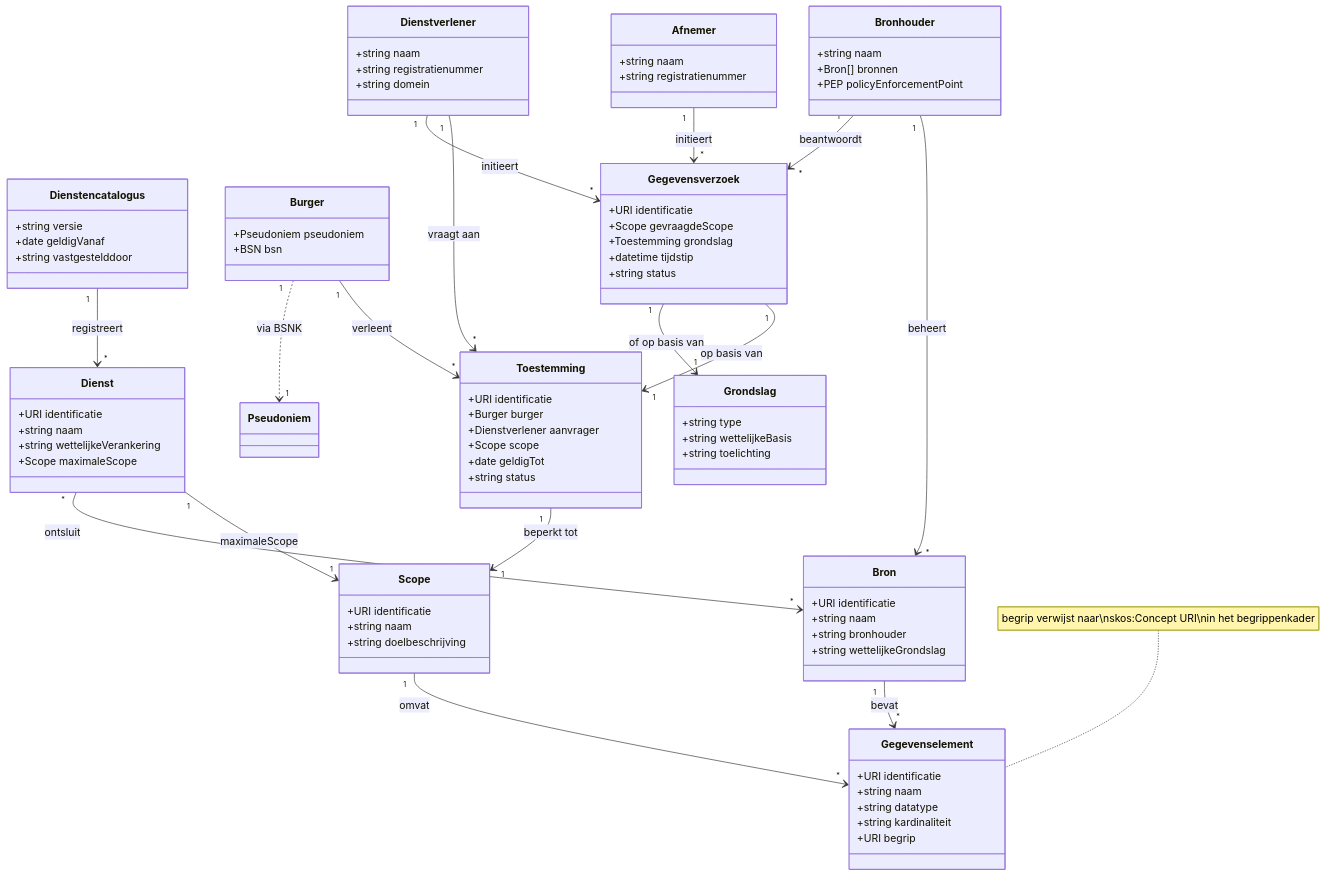
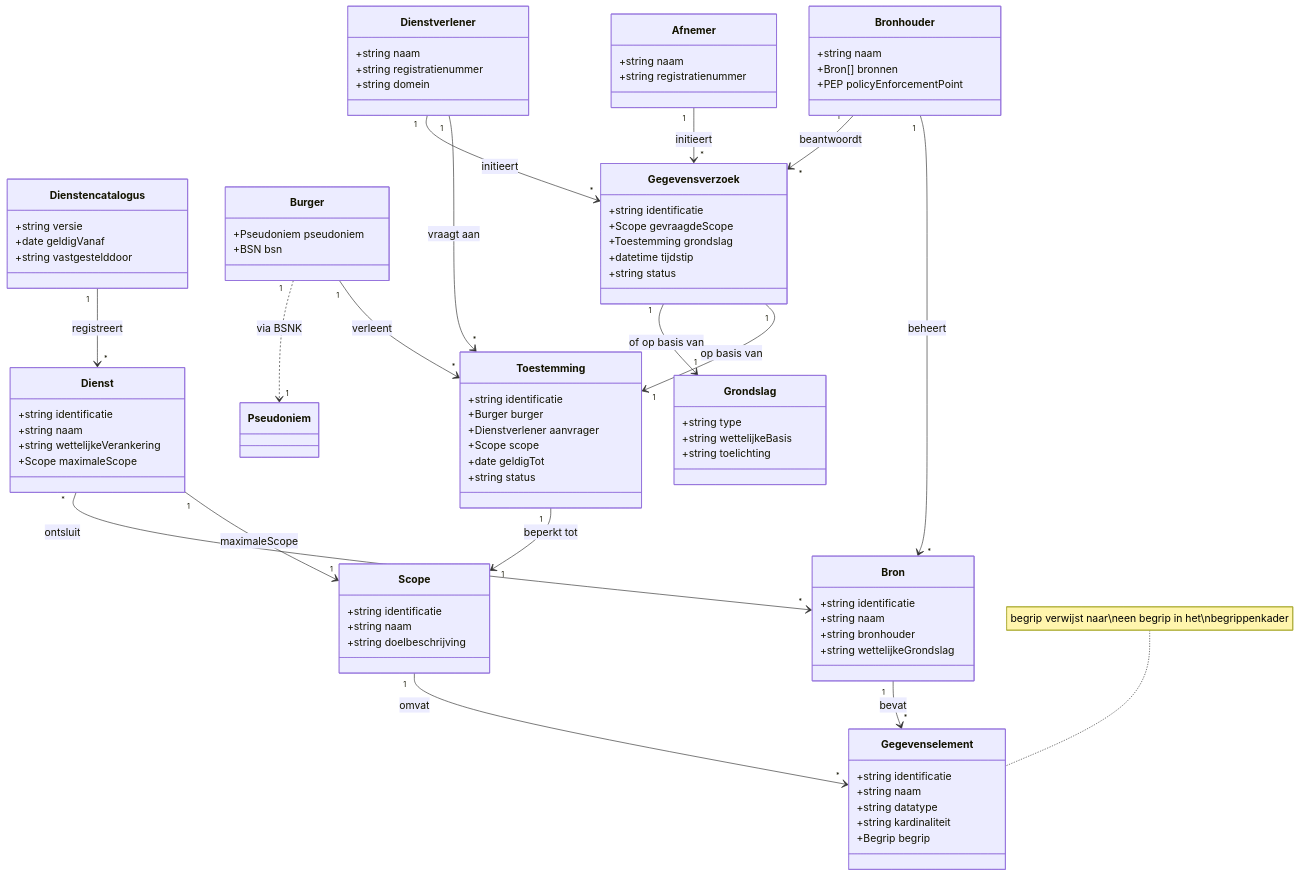
Before and after one commit to ICTU/gbo-semantiek: the diagram in docs/informatiemodel/informatiemodel-gbo.md, drawn with Mermaid. The commit also changed other lines of this file and 6 other files, not shown here.

````diff
--- a/docs/informatiemodel/informatiemodel-gbo.md
+++ b/docs/informatiemodel/informatiemodel-gbo.md
@@ -16,29 +16,29 @@
 ```mermaid
 classDiagram
     class Gegevenselement {
-        +URI identificatie
+        +string identificatie
         +string naam
         +string datatype
         +string kardinaliteit
-        +URI begrip
+        +Begrip begrip
     }
 
     class Bron {
-        +URI identificatie
+        +string identificatie
         +string naam
         +string bronhouder
         +string wettelijkeGrondslag
     }
 
     class Dienst {
-        +URI identificatie
+        +string identificatie
         +string naam
         +string wettelijkeVerankering
         +Scope maximaleScope
     }
 
     class Scope {
-        +URI identificatie
+        +string identificatie
         +string naam
         +string doelbeschrijving
     }
@@ -72,7 +72,7 @@
     }
 
     class Toestemming {
-        +URI identificatie
+        +string identificatie
         +Burger burger
         +Dienstverlener aanvrager
         +Scope scope
@@ -81,7 +81,7 @@
     }
 
     class Gegevensverzoek {
-        +URI identificatie
+        +string identificatie
         +Scope gevraagdeScope
         +Toestemming grondslag
         +datetime tijdstip
@@ -94,7 +94,7 @@
         +string toelichting
     }
 
-    note for Gegevenselement "begrip verwijst naar\nskos:Concept URI\nin het begrippenkader"
+    note for Gegevenselement "begrip verwijst naar\neen begrip in het\nbegrippenkader"
 
     Bron "1" --> "*" Gegevenselement : bevat
     Bronhouder "1" --> "*" Bron : beheert
````
